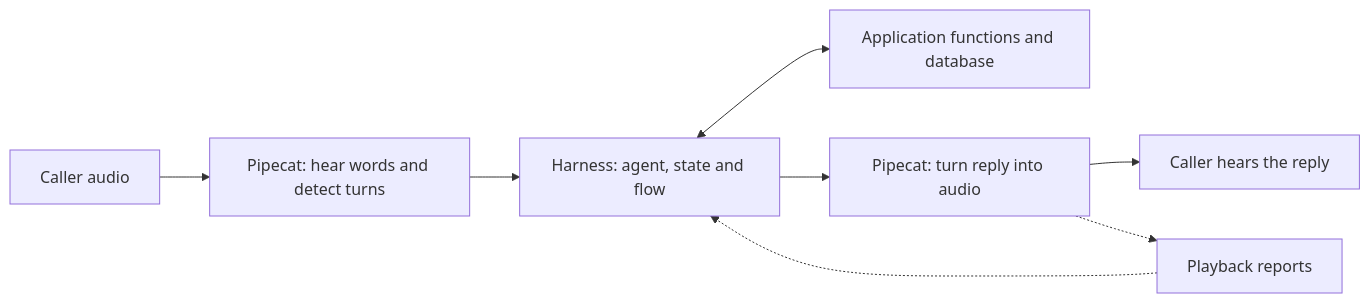
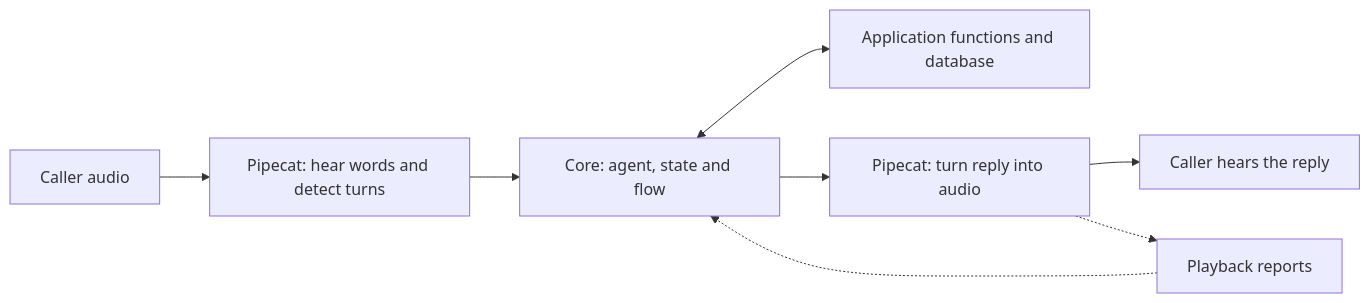
The diagram in docs/architecture/01-stack-and-boundaries.md (slng-ai/unmute-beat), drawn with Mermaid before and after one commit. The commit also changed other lines of this file and 41 other files, not shown here.

````diff
--- a/docs/architecture/01-stack-and-boundaries.md
+++ b/docs/architecture/01-stack-and-boundaries.md
@@ -60,10 +60,10 @@
 ```mermaid
 flowchart LR
     Caller["Caller audio"] --> Hear["Pipecat: hear words and detect turns"]
-    Hear --> Core["Harness: agent, state and flow"]
+    Hear --> Core["Core: agent, state and flow"]
     Core <--> Backend["Application functions and database"]
     Core --> Speak["Pipecat: turn reply into audio"]
     Speak --> Out["Caller hears the reply"]
     Speak -.-> Evidence["Playback reports"]
     Evidence -.-> Core
 ```
````
